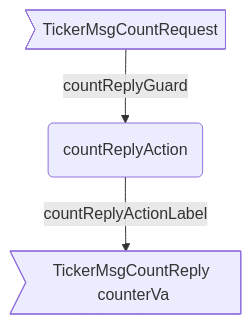
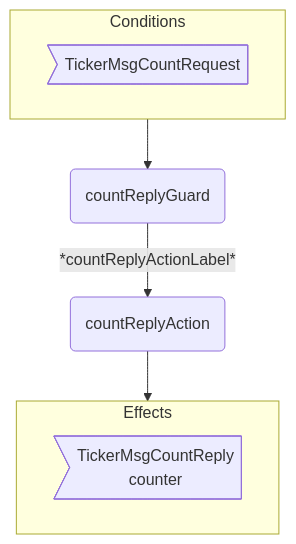
One commit to anoma/nspec changed the second of 2 diagrams in docs/arch/node/engines/ticker_behaviour.juvix.md. Above: the diagram before and after it, drawn with Mermaid. The commit also changed other lines of this file and 9 other files, not shown here.

First line of the commit message:
Template fixes: diagrams, nav (#262)

````diff
--- a/docs/arch/node/engines/ticker_behaviour.juvix.md
+++ b/docs/arch/node/engines/ticker_behaviour.juvix.md
@@ -406,8 +414,15 @@
 ```mermaid
 flowchart TD
-  CM>TickerMsgCountRequest]
+  subgraph C[Conditions]
+    CMsg>TickerMsgCountRequest]
+  end
+
+  G(countReplyGuard)
   A(countReplyAction)
-  RE>TickerMsgCountReply counterVa]
 
-  CM --countReplyGuard--> A --countReplyActionLabel--> RE
+  C --> G -- *countReplyActionLabel* --> A --> E
+
+  subgraph E[Effects]
+    EMsg>TickerMsgCountReply<br/>counter]
+  end
 ```
````
